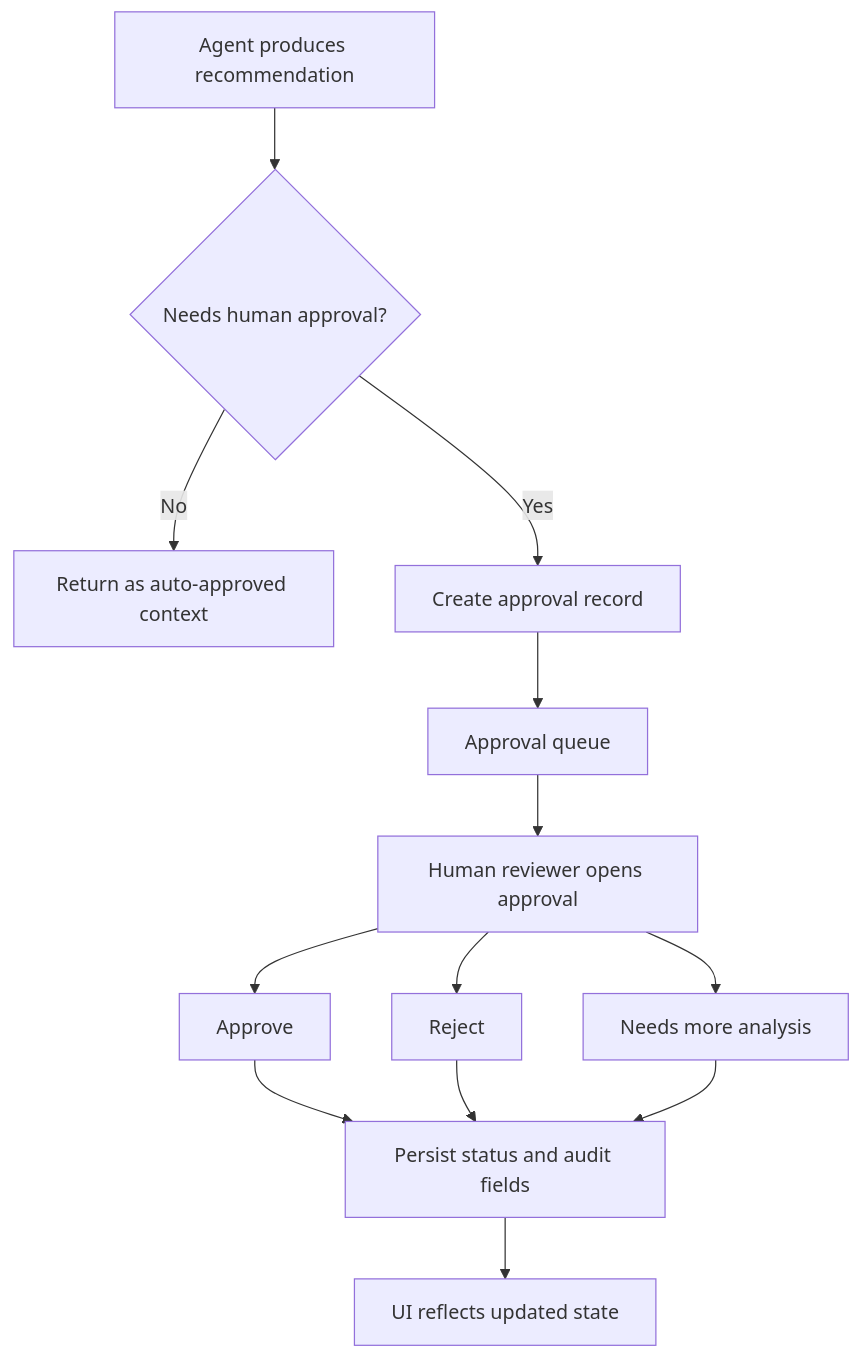
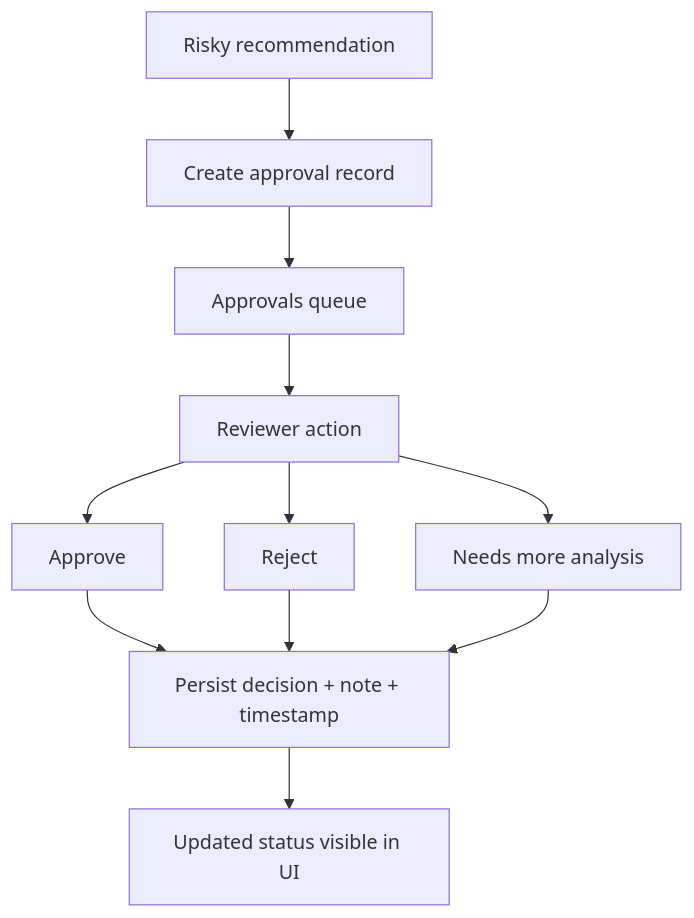
One commit to Fejjii/AlphaLens-AI changed the fifth of 7 diagrams in docs/architecture.md. Above: the diagram before and after it, drawn with Mermaid. The commit also changed other lines of this file and 102 other files, not shown here.

````diff
--- a/docs/architecture.md
+++ b/docs/architecture.md
@@ -115,15 +132,13 @@
 ```mermaid
 flowchart TD
-    Decision[Agent produces recommendation] --> Risk{Needs human approval?}
-    Risk -->|No| Complete[Return as auto-approved context]
-    Risk -->|Yes| Create[Create approval record]
-    Create --> Queue[Approval queue]
-    Queue --> Reviewer[Human reviewer opens approval]
+    Risky[Risky recommendation] --> Create[Create approval record]
+    Create --> Queue[Approvals queue]
+    Queue --> Reviewer[Reviewer action]
     Reviewer --> Approve[Approve]
     Reviewer --> Reject[Reject]
     Reviewer --> More[Needs more analysis]
-    Approve --> Audit[Persist status and audit fields]
+    Approve --> Audit[Persist decision + note + timestamp]
     Reject --> Audit
     More --> Audit
-    Audit --> UI[UI reflects updated state]
+    Audit --> State[Updated status visible in UI]
 ```
````
